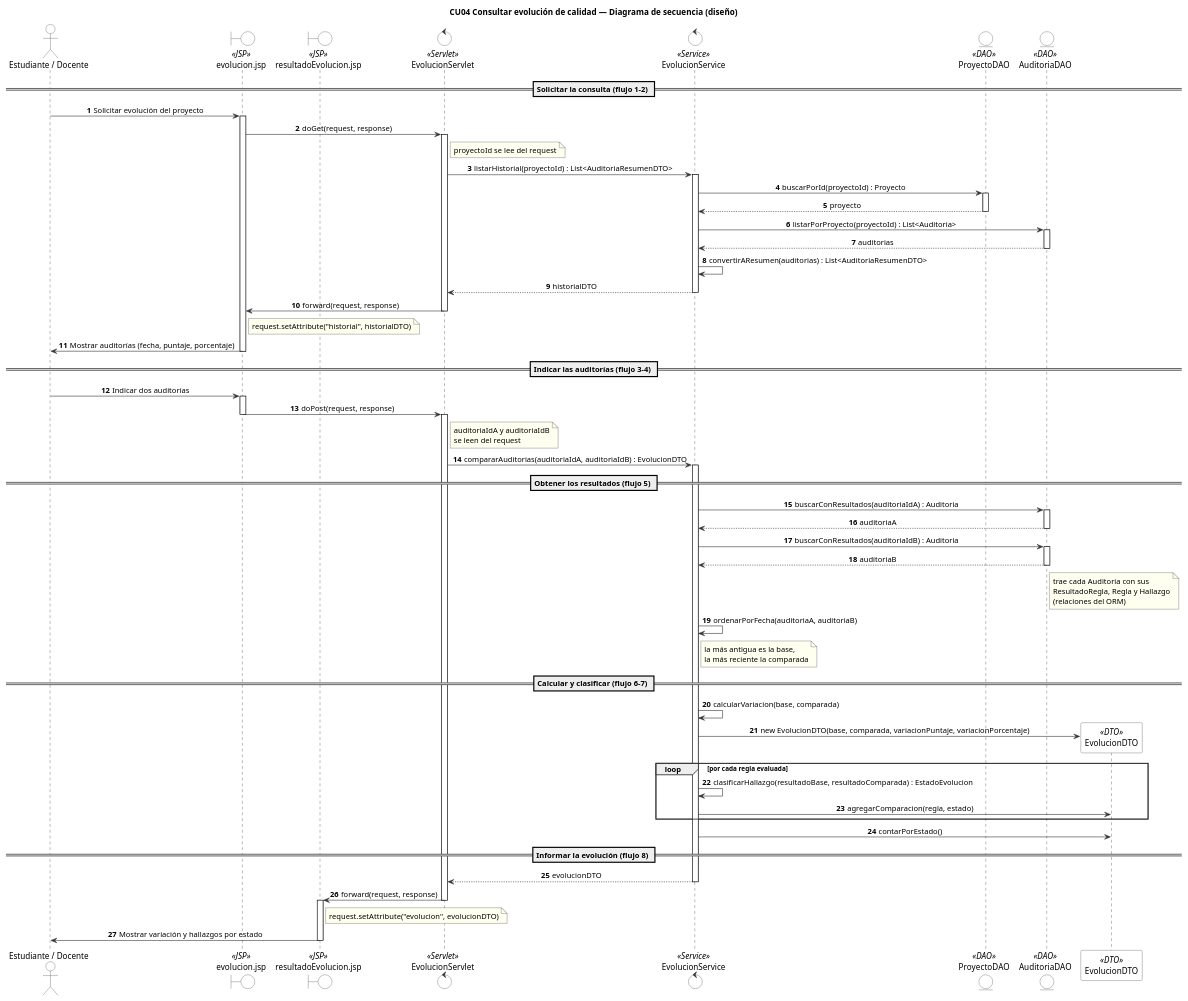
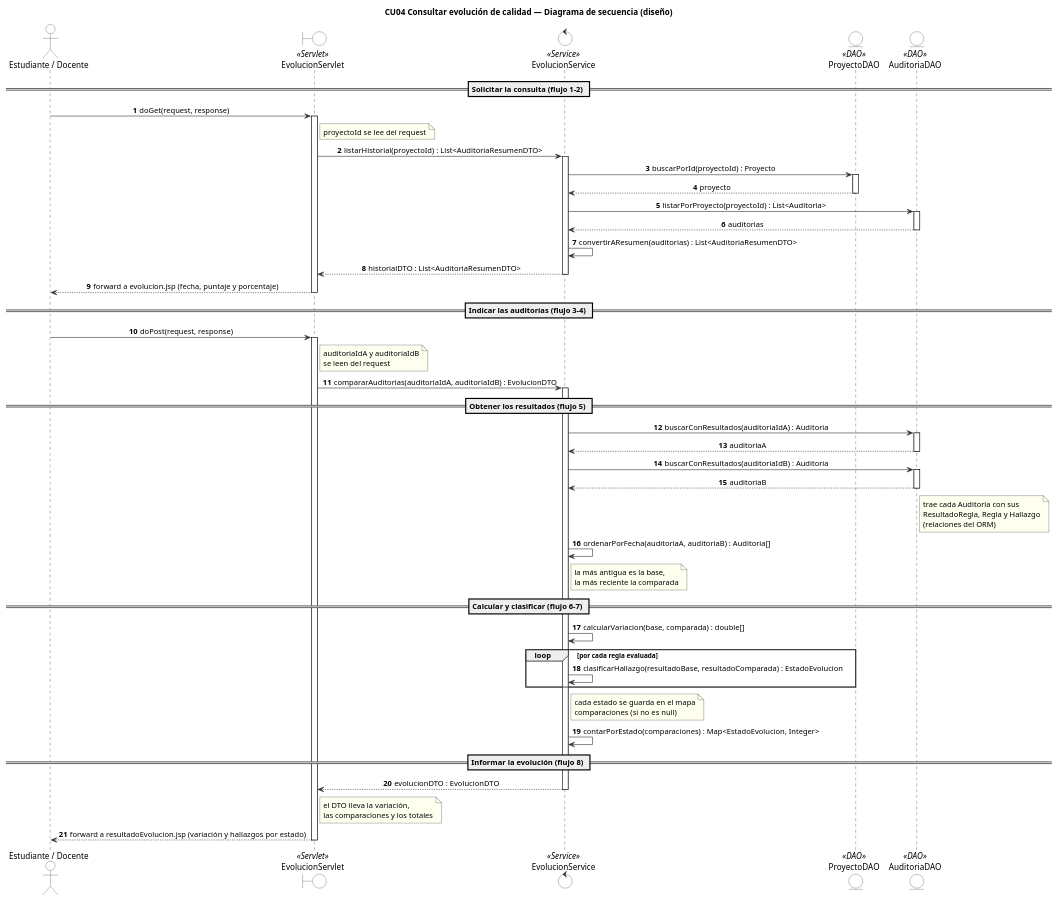
The diagram in docs/incremento2/sequenceDiagrams/cu04-consultarEvolucion.puml (ErickBaja05/GR4_1BT3_622_26B), drawn with PlantUML before and after one commit. The commit also changed 1 other file, not shown here.

Commit message:
docs: eliminar líneas de vida de JSP y DTO en diagramas de secuencia de CU3 y CU4

```diff
--- a/docs/incremento2/sequenceDiagrams/cu04-consultarEvolucion.puml
+++ b/docs/incremento2/sequenceDiagrams/cu04-consultarEvolucion.puml
@@ -1,101 +1,86 @@
 @startuml cu04_secuencia_diseno
 title CU04 Consultar evolución de calidad — Diagrama de secuencia (diseño)
 
 autonumber
 skinparam sequenceMessageAlign center
 skinparam backgroundColor white
 skinparam shadowing false
 skinparam defaultFontName Arial
 skinparam ArrowColor #333333
 skinparam ParticipantBorderColor #333333
 skinparam ParticipantBackgroundColor white
 skinparam ActorBorderColor #333333
 skinparam ActorBackgroundColor white
 skinparam BoundaryBorderColor #333333
 skinparam BoundaryBackgroundColor white
 skinparam ControlBorderColor #333333
 skinparam ControlBackgroundColor white
 skinparam EntityBorderColor #333333
 skinparam EntityBackgroundColor white
 skinparam LifeLineBorderColor #333333
 skinparam SequenceGroupBorderColor #333333
 skinparam NoteBorderColor #333333
 skinparam NoteBackgroundColor #FFFFF0
 
 actor "Estudiante / Docente" as U
-boundary "evolucion.jsp" as JSP1 <<JSP>>
-boundary "resultadoEvolucion.jsp" as JSP2 <<JSP>>
-control "EvolucionServlet" as SRV <<Servlet>>
+boundary "EvolucionServlet" as SRV <<Servlet>>
 control "EvolucionService" as SVC <<Service>>
 entity "ProyectoDAO" as PDAO <<DAO>>
 entity "AuditoriaDAO" as ADAO <<DAO>>
 
 == Solicitar la consulta (flujo 1-2) ==
-U -> JSP1 : Solicitar evolución del proyecto
-activate JSP1
-JSP1 -> SRV : doGet(request, response)
+U -> SRV : doGet(request, response)
 activate SRV
 note right of SRV : proyectoId se lee del request
 SRV -> SVC : listarHistorial(proyectoId) : List<AuditoriaResumenDTO>
 activate SVC
 SVC -> PDAO : buscarPorId(proyectoId) : Proyecto
 activate PDAO
 PDAO --> SVC : proyecto
 deactivate PDAO
 SVC -> ADAO : listarPorProyecto(proyectoId) : List<Auditoria>
 activate ADAO
 ADAO --> SVC : auditorias
 deactivate ADAO
 SVC -> SVC : convertirAResumen(auditorias) : List<AuditoriaResumenDTO>
-SVC --> SRV : historialDTO
+SVC --> SRV : historialDTO : List<AuditoriaResumenDTO>
 deactivate SVC
-SRV -> JSP1 : forward(request, response)
+SRV --> U : forward a evolucion.jsp (fecha, puntaje y porcentaje)
 deactivate SRV
-note right of JSP1 : request.setAttribute("historial", historialDTO)
-JSP1 -> U : Mostrar auditorías (fecha, puntaje, porcentaje)
-deactivate JSP1
 
 == Indicar las auditorías (flujo 3-4) ==
-U -> JSP1 : Indicar dos auditorías
-activate JSP1
-JSP1 -> SRV : doPost(request, response)
-deactivate JSP1
+U -> SRV : doPost(request, response)
 activate SRV
 note right of SRV : auditoriaIdA y auditoriaIdB\nse leen del request
 SRV -> SVC : compararAuditorias(auditoriaIdA, auditoriaIdB) : EvolucionDTO
 activate SVC
 
 == Obtener los resultados (flujo 5) ==
 SVC -> ADAO : buscarConResultados(auditoriaIdA) : Auditoria
 activate ADAO
 ADAO --> SVC : auditoriaA
 deactivate ADAO
 SVC -> ADAO : buscarConResultados(auditoriaIdB) : Auditoria
 activate ADAO
 ADAO --> SVC : auditoriaB
 deactivate ADAO
 note right of ADAO : trae cada Auditoria con sus\nResultadoRegla, Regla y Hallazgo\n(relaciones del ORM)
-SVC -> SVC : ordenarPorFecha(auditoriaA, auditoriaB)
+SVC -> SVC : ordenarPorFecha(auditoriaA, auditoriaB) : Auditoria[]
 note right of SVC : la más antigua es la base,\nla más reciente la comparada
 
 == Calcular y clasificar (flujo 6-7) ==
-SVC -> SVC : calcularVariacion(base, comparada)
-create "EvolucionDTO" as DTO <<DTO>>
-SVC -> DTO : new EvolucionDTO(base, comparada, variacionPuntaje, variacionPorcentaje)
+SVC -> SVC : calcularVariacion(base, comparada) : double[]
 loop por cada regla evaluada
   SVC -> SVC : clasificarHallazgo(resultadoBase, resultadoComparada) : EstadoEvolucion
-  SVC -> DTO : agregarComparacion(regla, estado)
 end
-SVC -> DTO : contarPorEstado()
+note right of SVC : cada estado se guarda en el mapa\ncomparaciones (si no es null)
+SVC -> SVC : contarPorEstado(comparaciones) : Map<EstadoEvolucion, Integer>
 
 == Informar la evolución (flujo 8) ==
-SVC --> SRV : evolucionDTO
+SVC --> SRV : evolucionDTO : EvolucionDTO
 deactivate SVC
-SRV -> JSP2 : forward(request, response)
+note right of SRV : el DTO lleva la variación,\nlas comparaciones y los totales
+SRV --> U : forward a resultadoEvolucion.jsp (variación y hallazgos por estado)
 deactivate SRV
-activate JSP2
-note right of JSP2 : request.setAttribute("evolucion", evolucionDTO)
-JSP2 -> U : Mostrar variación y hallazgos por estado
-deactivate JSP2
 
 @enduml
```
